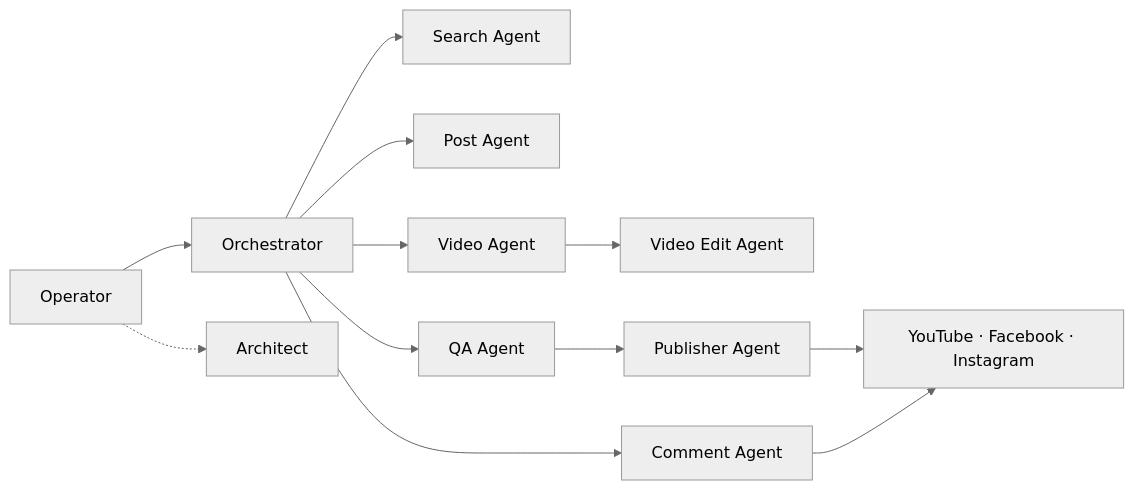
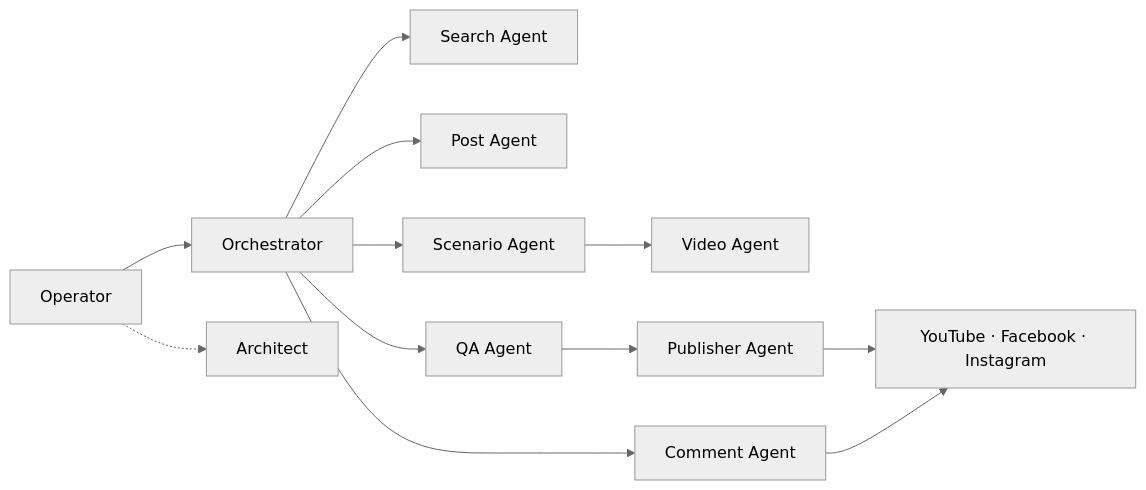
Before and after one commit to mediaops-platform/.github: the diagram in profile/README.md, drawn with Mermaid (neutral theme). The commit also changed other lines of this file, not shown here.

Commit message:
docs(profile): v0.1.2 — Scenario/Video Agent split (release entry + agent-model update)

````diff
--- a/profile/README.md
+++ b/profile/README.md
@@ -216,14 +216,14 @@
 ```mermaid
 flowchart LR
     Operator["Operator"] --> Orchestrator["Orchestrator"]
     Operator -.-> Architect["Architect"]
     Orchestrator --> Search["Search Agent"]
     Orchestrator --> Post["Post Agent"]
-    Orchestrator --> Video["Video Agent"]
-    Video --> VideoEdit["Video Edit Agent"]
+    Orchestrator --> Scenario["Scenario Agent"]
+    Scenario --> Video["Video Agent"]
     Orchestrator --> QA["QA Agent"]
     QA --> Publisher["Publisher Agent"]
     Publisher --> Platforms["YouTube · Facebook · Instagram"]
     Orchestrator --> Comment["Comment Agent"]
     Comment --> Platforms
 ```
````
